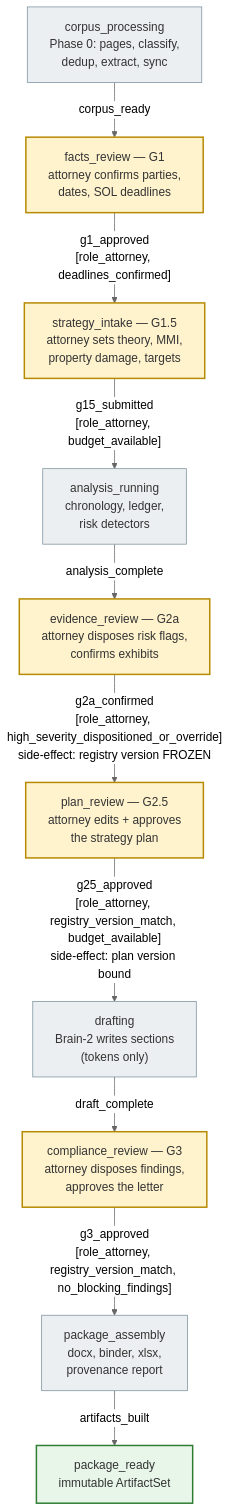
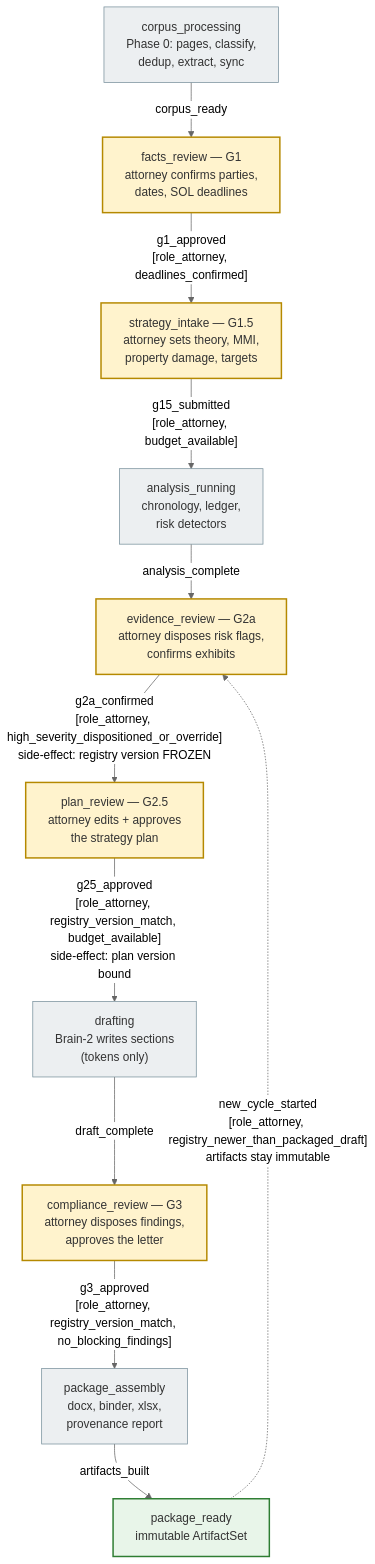
One commit to foundersclai/clarionpi changed the first of 2 diagrams in systemflows/matter_lifecycle.md. Above: the diagram before and after it, drawn with Mermaid (neutral theme). The commit also changed other lines of this file and 50 other files, not shown here.

````diff
--- a/systemflows/matter_lifecycle.md
+++ b/systemflows/matter_lifecycle.md
@@ -11,27 +13,28 @@
 ```mermaid
 flowchart TB
     cp["corpus_processing<br/>Phase 0: pages, classify,<br/>dedup, extract, sync"]:::auto
     fr["facts_review — G1<br/>attorney confirms parties,<br/>dates, SOL deadlines"]:::gate
     si["strategy_intake — G1.5<br/>attorney sets theory, MMI,<br/>property damage, targets"]:::gate
     ar["analysis_running<br/>chronology, ledger,<br/>risk detectors"]:::auto
     er["evidence_review — G2a<br/>attorney disposes risk flags,<br/>confirms exhibits"]:::gate
     pr["plan_review — G2.5<br/>attorney edits + approves<br/>the strategy plan"]:::gate
     dr["drafting<br/>Brain-2 writes sections<br/>(tokens only)"]:::auto
     cr["compliance_review — G3<br/>attorney disposes findings,<br/>approves the letter"]:::gate
     pa["package_assembly<br/>docx, binder, xlsx,<br/>provenance report"]:::auto
-    rdy["package_ready<br/>immutable ArtifactSet"]:::terminal
+    rdy["package_ready<br/>immutable ArtifactSet"]:::ready
 
     cp -- "corpus_ready" --> fr
     fr -- "g1_approved<br/>[role_attorney, deadlines_confirmed]" --> si
     si -- "g15_submitted<br/>[role_attorney, budget_available]" --> ar
     ar -- "analysis_complete" --> er
     er -- "g2a_confirmed<br/>[role_attorney, high_severity_dispositioned_or_override]<br/>side-effect: registry version FROZEN" --> pr
     pr -- "g25_approved<br/>[role_attorney, registry_version_match, budget_available]<br/>side-effect: plan version bound" --> dr
     dr -- "draft_complete" --> cr
     cr -- "g3_approved<br/>[role_attorney, registry_version_match, no_blocking_findings]" --> pa
     pa -- "artifacts_built" --> rdy
+    rdy -. "new_cycle_started<br/>[role_attorney, registry_newer_than_packaged_draft]<br/>artifacts stay immutable" .-> er
 
     classDef gate fill:#fff3cd,stroke:#b58900,stroke-width:2px,color:#333
     classDef auto fill:#eceff1,stroke:#78909c,color:#333
-    classDef terminal fill:#e8f5e9,stroke:#2e7d32,stroke-width:2px,color:#333
+    classDef ready fill:#e8f5e9,stroke:#2e7d32,stroke-width:2px,color:#333
 ```
````
